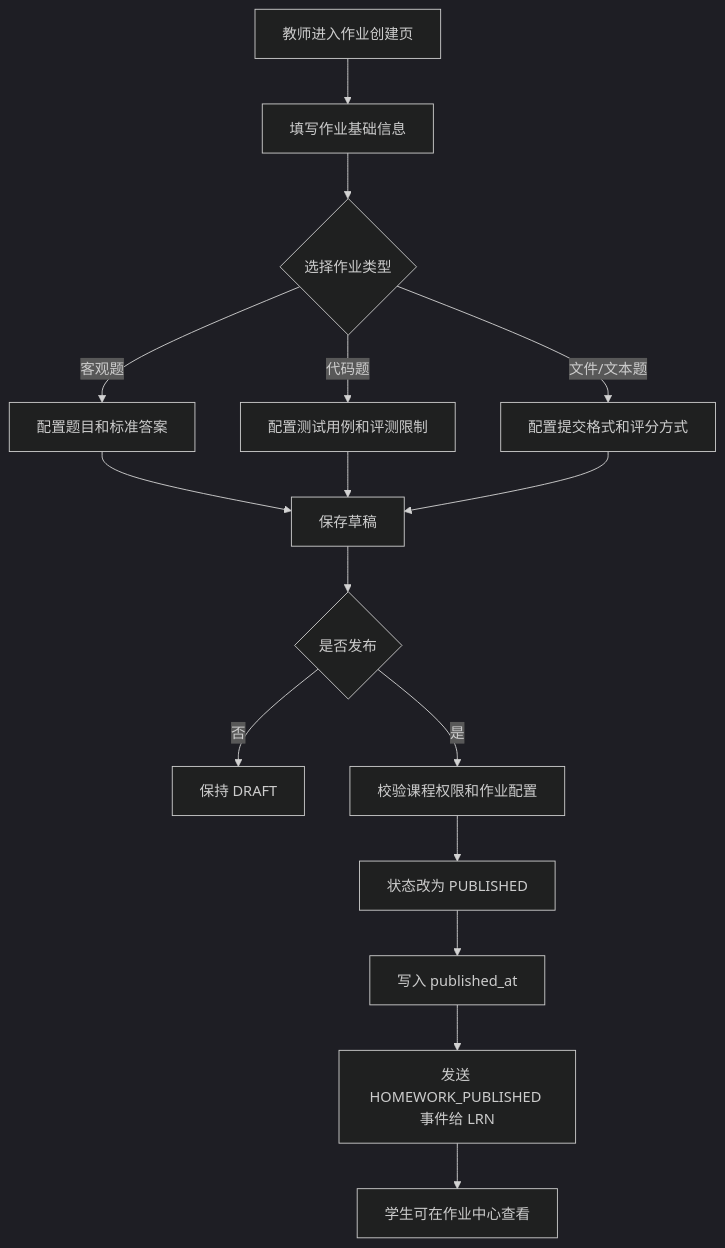
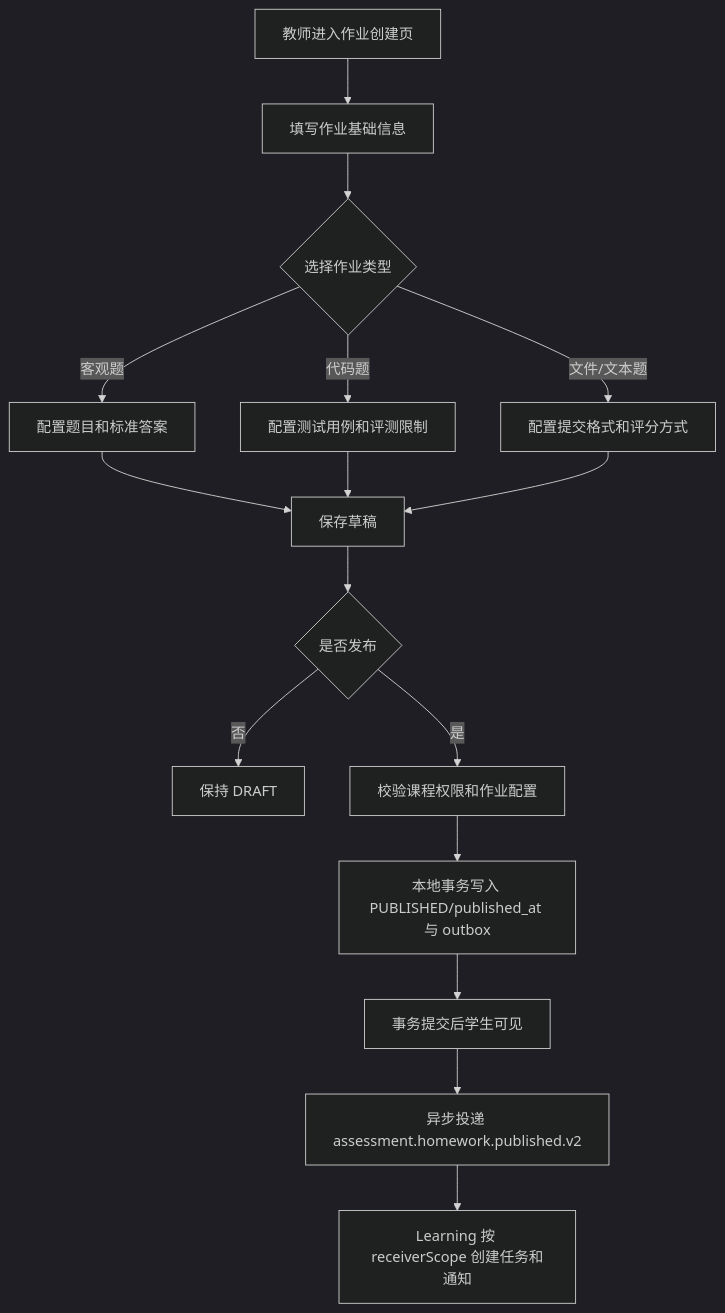
The second of 8 diagrams in docs/过程/详细设计/HWK-作业与自动评测模块-详细设计提交稿.md (Cr4zyorange/OnlineJudge), drawn with Mermaid (dark theme) before and after one commit. The commit also changed other lines of this file and 28 other files, not shown here.

Commit message:
docs(contracts): migrate homework publication to v2 outbox

````diff
--- a/docs/过程/详细设计/HWK-作业与自动评测模块-详细设计提交稿.md
+++ b/docs/过程/详细设计/HWK-作业与自动评测模块-详细设计提交稿.md
@@ -579,18 +579,18 @@
 ```mermaid
 flowchart TD
     A[教师进入作业创建页] --> B[填写作业基础信息]
     B --> C{选择作业类型}
     C -->|客观题| D[配置题目和标准答案]
     C -->|代码题| E[配置测试用例和评测限制]
     C -->|文件/文本题| F[配置提交格式和评分方式]
     D --> G[保存草稿]
     E --> G
     F --> G
     G --> H{是否发布}
     H -->|否| I[保持 DRAFT]
     H -->|是| J[校验课程权限和作业配置]
-    J --> K[状态改为 PUBLISHED]
-    K --> L[写入 published_at]
-    L --> M[发送 HOMEWORK_PUBLISHED 事件给 LRN]
-    M --> N[学生可在作业中心查看]
+    J --> K[本地事务写入 PUBLISHED/published_at 与 outbox]
+    K --> L[事务提交后学生可见]
+    L --> M[异步投递 assessment.homework.published.v2]
+    M --> N[Learning 按 receiverScope 创建任务和通知]
 ```
````
